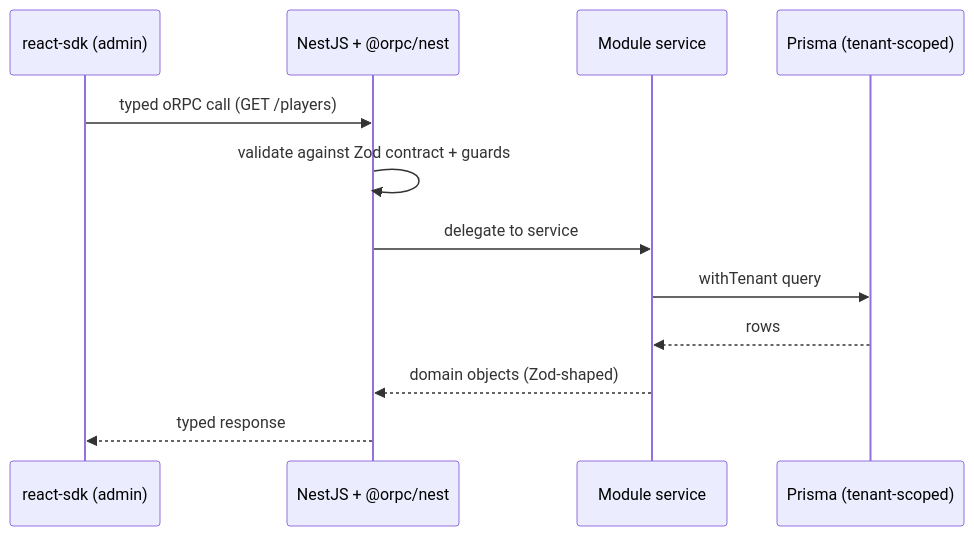
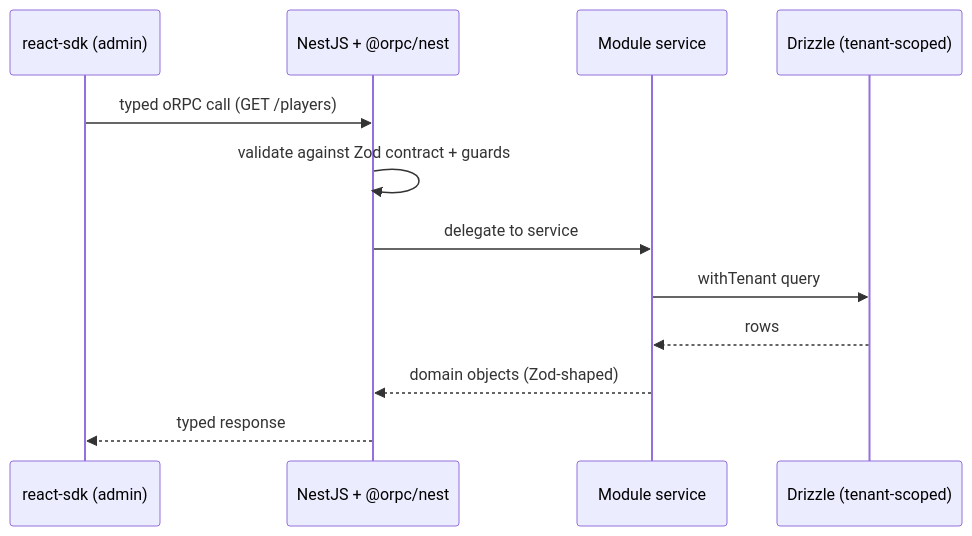
The second of 2 diagrams in docs/architecture.md (blurifycom/openora), drawn with Mermaid before and after one commit. The commit also changed other lines of this file and 470 other files, not shown here.

First line of the commit message:
fix: stop Prisma-Drizzle drift; restructure modules; delete legacy scaffolding

````diff
--- a/docs/architecture.md
+++ b/docs/architecture.md
@@ -143,15 +141,15 @@
 ```mermaid
 sequenceDiagram
   participant UI as react-sdk (admin)
   participant API as NestJS + @orpc/nest
   participant Mod as Module service
-  participant DB as Prisma (tenant-scoped)
+  participant DB as Drizzle (tenant-scoped)
 
   UI->>API: typed oRPC call (GET /players)
   API->>API: validate against Zod contract + guards
   API->>Mod: delegate to service
   Mod->>DB: withTenant query
   DB-->>Mod: rows
   Mod-->>API: domain objects (Zod-shaped)
   API-->>UI: typed response
 ```
````
